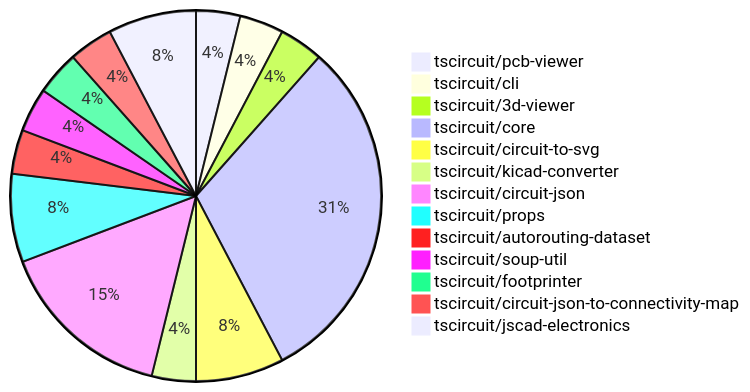
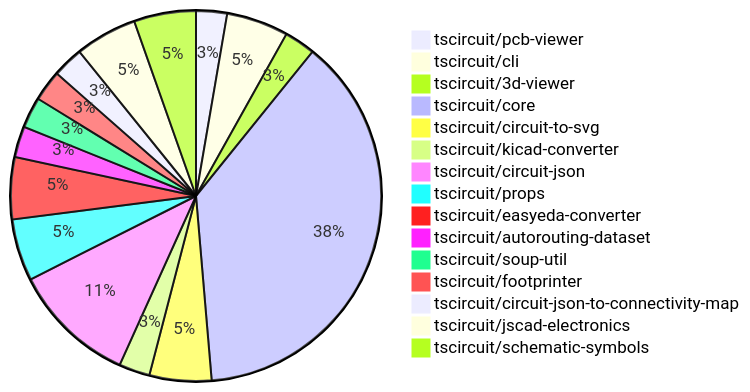
One commit to tscircuit/contribution-tracker changed the diagram in README.md. Above: the diagram before and after it, drawn with Mermaid. The commit also changed other lines of this file and 1 other file, not shown here.

````diff
--- a/README.md
+++ b/README.md
@@ -24,16 +24,18 @@
 ```mermaid
 pie
     "tscircuit/pcb-viewer" : 1
-    "tscircuit/cli" : 1
+    "tscircuit/cli" : 2
     "tscircuit/3d-viewer" : 1
-    "tscircuit/core" : 8
+    "tscircuit/core" : 14
     "tscircuit/circuit-to-svg" : 2
     "tscircuit/kicad-converter" : 1
     "tscircuit/circuit-json" : 4
     "tscircuit/props" : 2
+    "tscircuit/easyeda-converter" : 2
     "tscircuit/autorouting-dataset" : 1
     "tscircuit/soup-util" : 1
     "tscircuit/footprinter" : 1
     "tscircuit/circuit-json-to-connectivity-map" : 1
     "tscircuit/jscad-electronics" : 2
+    "tscircuit/schematic-symbols" : 2
 ```
````
